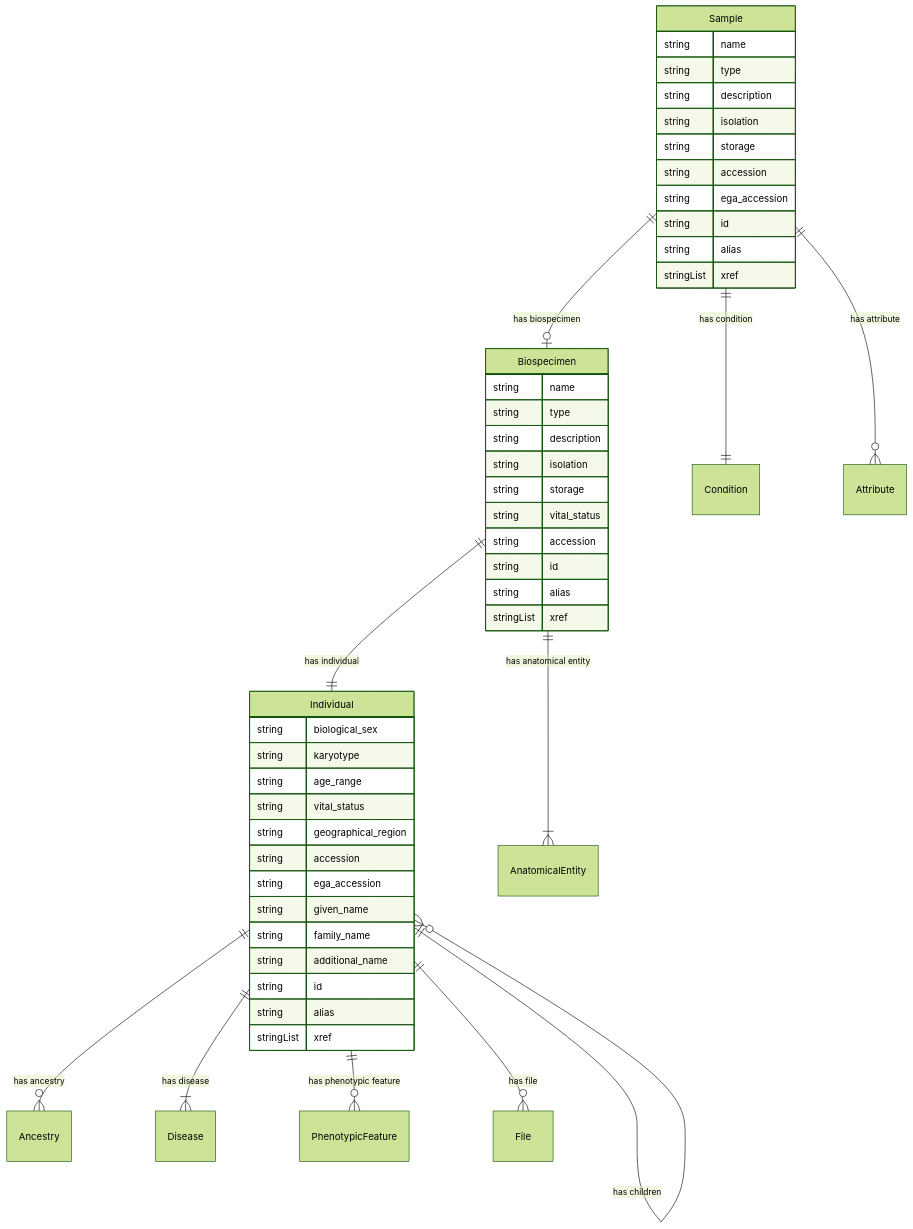
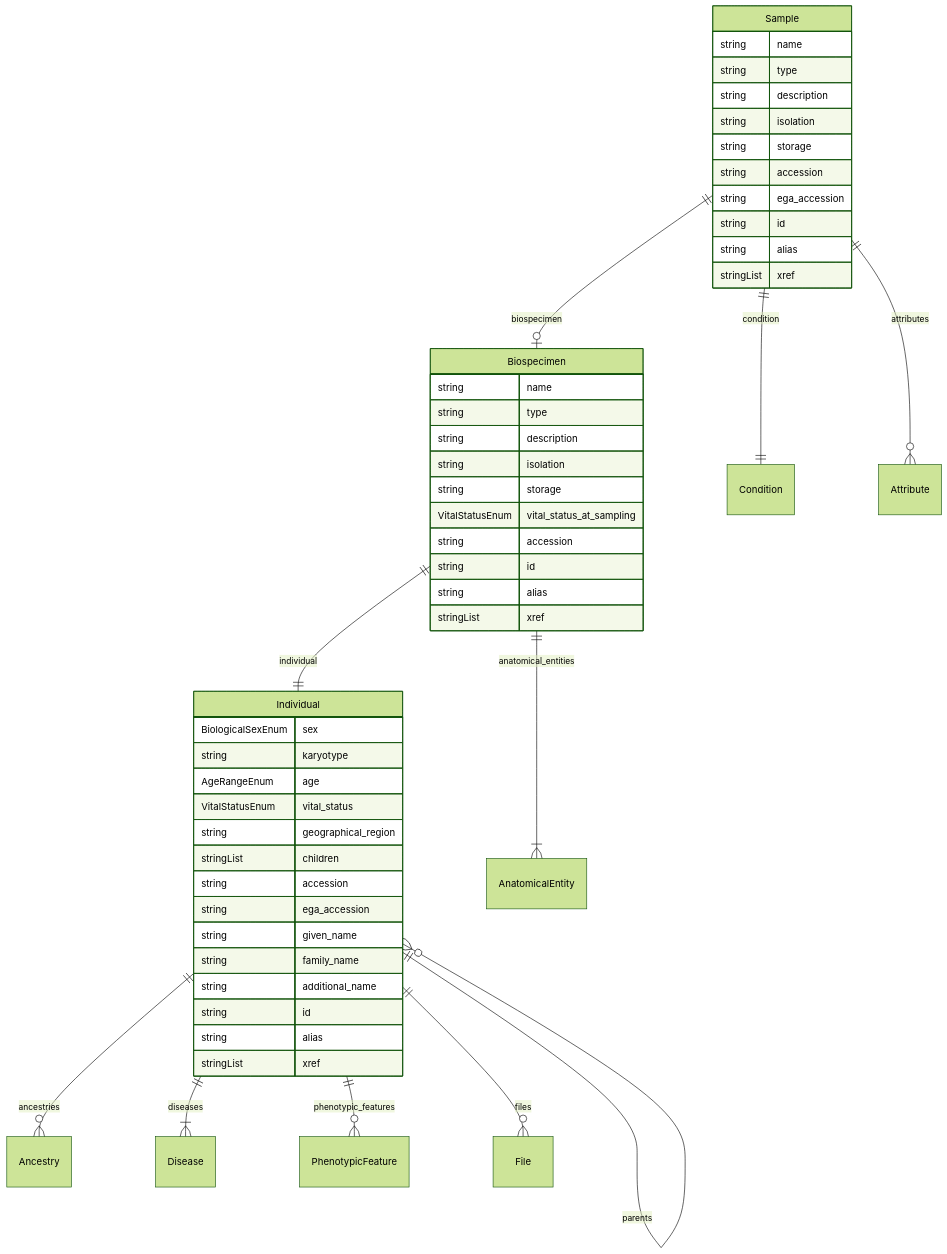
Before and after one commit to ghga-de/ghga-metadata-schema: the fifth of 7 diagrams in docs/entity_relations.md, drawn with Mermaid (forest theme). The commit also changed other lines of this file and 590 other files, not shown here.

````diff
--- a/docs/entity_relations.md
+++ b/docs/entity_relations.md
@@ -241,55 +235,55 @@
 ```mermaid
 erDiagram
 Individual {
-    string biological_sex
+    BiologicalSexEnum sex  
     string karyotype  
-    string age_range
-    string vital_status
+    AgeRangeEnum age  
+    VitalStatusEnum vital_status  
     string geographical_region  
+    stringList children  
     string accession  
     string ega_accession  
     string given_name  
     string family_name  
     string additional_name  
     string id  
     string alias  
     stringList xref  
 }
 Biospecimen {
     string name  
     string type  
     string description  
     string isolation  
     string storage  
-    string vital_status
+    VitalStatusEnum vital_status_at_sampling  
     string accession  
     string id  
     string alias  
     stringList xref  
 }
 Sample {
     string name  
     string type  
     string description  
     string isolation  
     string storage  
     string accession  
     string ega_accession  
     string id  
     string alias  
     stringList xref  
 }
 
-Individual ||--}o Ancestry : "has ancestry"
-Individual ||--}o Individual : "has parent"
-Individual ||--}o Individual : "has children"
-Individual ||--}| Disease : "has disease"
-Individual ||--}o PhenotypicFeature : "has phenotypic feature"
-Individual ||--}o File : "has file"
-Biospecimen ||--|| Individual : "has individual"
-Biospecimen ||--}| AnatomicalEntity : "has anatomical entity"
-Sample ||--|o Biospecimen : "has biospecimen"
-Sample ||--|| Condition : "has condition"
-Sample ||--}o Attribute : "has attribute"
+Individual ||--}o Ancestry : "ancestries"
+Individual ||--}o Individual : "parents"
+Individual ||--}| Disease : "diseases"
+Individual ||--}o PhenotypicFeature : "phenotypic_features"
+Individual ||--}o File : "files"
+Biospecimen ||--|| Individual : "individual"
+Biospecimen ||--}| AnatomicalEntity : "anatomical_entities"
+Sample ||--|o Biospecimen : "biospecimen"
+Sample ||--|| Condition : "condition"
+Sample ||--}o Attribute : "attributes"
 
 ```
````
